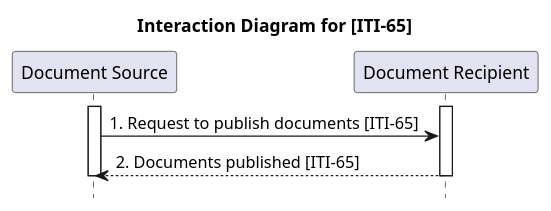
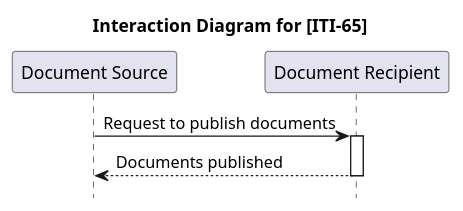
Before and after one commit to ehealthsuisse/ch-epr-fhir: the diagram in input/images-source/MHD_ActorDiagram_ITI-65.plantuml, drawn with PlantUML. The commit also changed 33 other files, not shown here.

```diff
--- a/input/images-source/MHD_ActorDiagram_ITI-65.plantuml
+++ b/input/images-source/MHD_ActorDiagram_ITI-65.plantuml
@@ -1,15 +1,14 @@
 @startuml
 
 title Interaction Diagram for [ITI-65]
 
 hide footbox
+autoactivate on
+
 participant "Document Source" as DocumentSource
 participant "Document Recipient" as DocumentRecipient
-activate "DocumentSource"
-activate "DocumentRecipient"
-"DocumentSource" -> "DocumentRecipient" : 1. Request to publish documents [ITI-65]
-"DocumentRecipient" --> "DocumentSource" : 2. Documents published [ITI-65]
-deactivate "DocumentSource"
-deactivate "DocumentRecipient"
+
+"DocumentSource" -> "DocumentRecipient" : Request to publish documents
+"DocumentRecipient" --> "DocumentSource" : Documents published
 
 @enduml 
```
